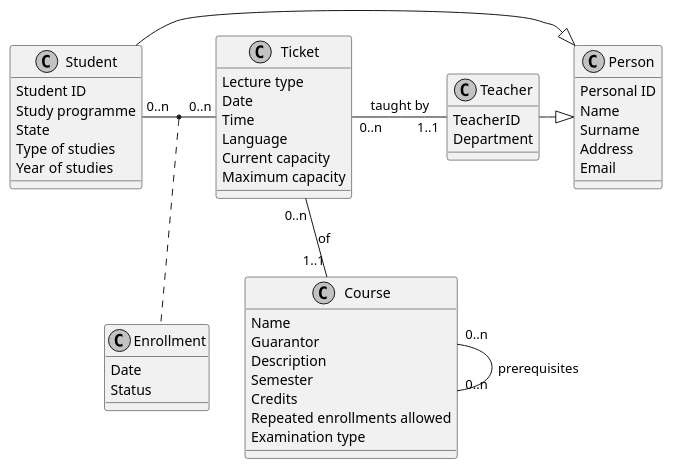
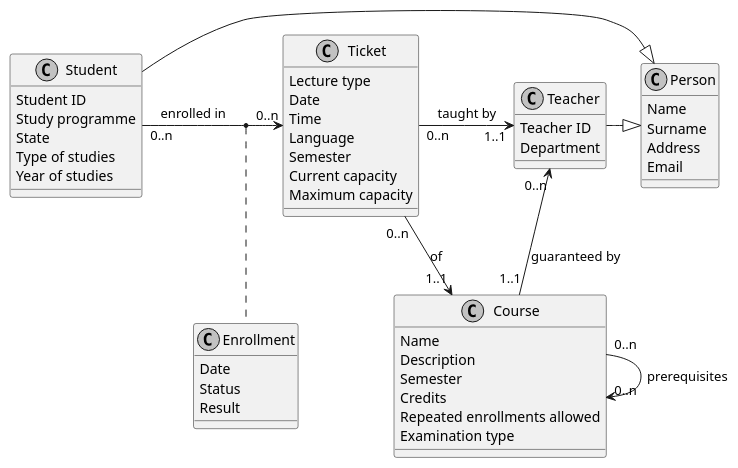
Before and after one commit to viktor-bujko/nswi041_enrollments_module: the fifth of 5 diagrams in seminar-work.md, drawn with PlantUML. The commit also changed other lines of this file, not shown here.

Commit message:
Minor changes to class diagram and descriptions

````diff
--- a/seminar-work.md
+++ b/seminar-work.md
@@ -393,57 +393,58 @@
 ```plantuml
 @startuml
 skinparam monochrome true
 class Person {
-  Personal ID
   Name
   Surname
   Address
   Email
 }
 
 class Student {
   Student ID
   Study programme
   State
   Type of studies
   Year of studies
 }
 
 class Teacher {
-  TeacherID
+  Teacher ID
   Department
 }
 
 class Ticket {
   Lecture type
   Date
   Time
   Language
+  Semester
   Current capacity
   Maximum capacity
 }
 
 class Course {
   Name
-  Guarantor
   Description
   Semester
   Credits
   Repeated enrollments allowed
   Examination type
 }
 
 class Enrollment {
   Date
   Status
+  Result
 }
 
 Student -|> Person
 Teacher -|> Person
-Student "0..n" - "0..n" Ticket
-Ticket "0..n" -- "1..1" Course : of
-Ticket "0..n" - "1..1" Teacher : "taught by"
-Course "0..n" - "0..n" Course : "prerequisites"
+Student "0..n" -> "0..n" Ticket : enrolled in
+Ticket "0..n" --> "1..1" Course : of
+Ticket "0..n" -> "1..1" Teacher : "taught by"
+Course "0..n" -> "0..n" Course : "prerequisites"
+Teacher "0..n" <- "1..1" Course : "guaranteed by"
 (Student, Ticket) .. Enrollment
 @enduml
 ```
````
